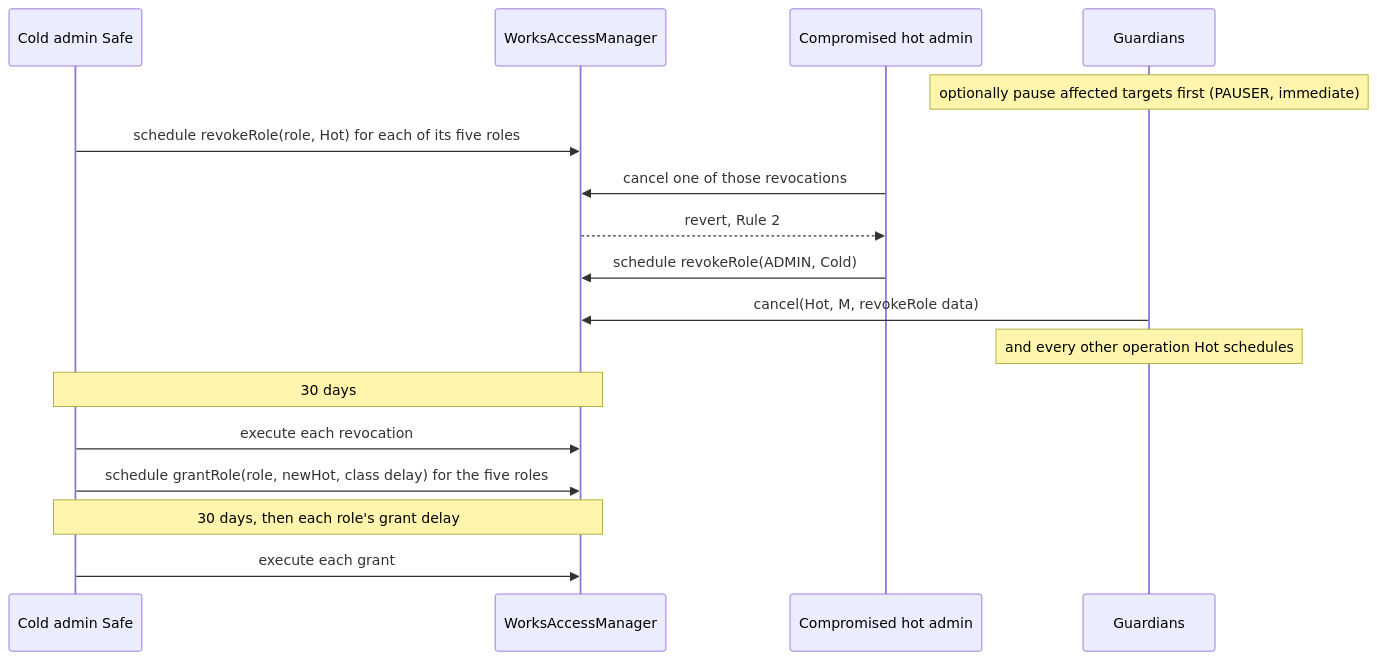
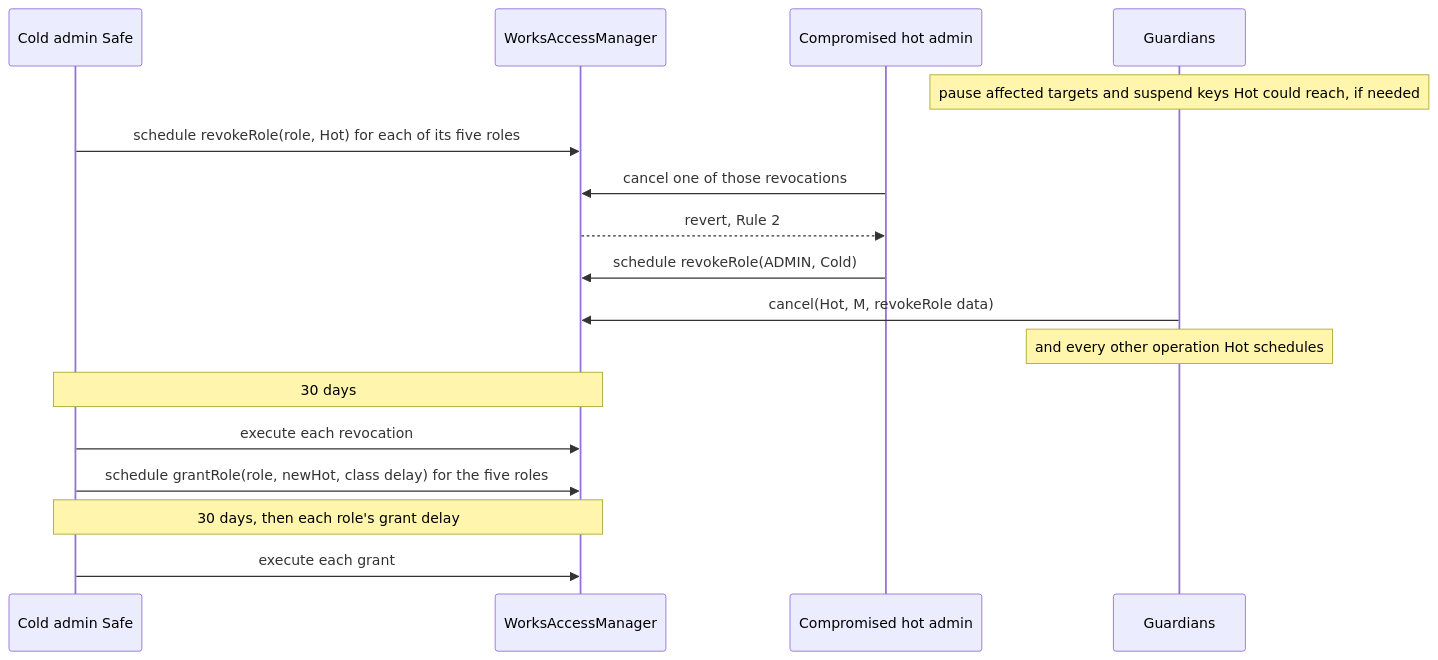
The ninth of 10 diagrams in docs/spec/governance.md (6529-Collections/6529-works), drawn with Mermaid before and after one commit. The commit also changed other lines of this file and 27 other files, not shown here.

````diff
--- a/docs/spec/governance.md
+++ b/docs/spec/governance.md
@@ -554,19 +778,19 @@
 ```mermaid
 sequenceDiagram
     participant Cold as Cold admin Safe
     participant M as WorksAccessManager
     participant Hot as Compromised hot admin
     participant G as Guardians
-    Note over G: optionally pause affected targets first (PAUSER, immediate)
+    Note over G: pause affected targets and suspend keys Hot could reach, if needed
     Cold->>M: schedule revokeRole(role, Hot) for each of its five roles
     Hot->>M: cancel one of those revocations
     M-->>Hot: revert, Rule 2
     Hot->>M: schedule revokeRole(ADMIN, Cold)
     G->>M: cancel(Hot, M, revokeRole data)
     Note over G: and every other operation Hot schedules
     Note over Cold,M: 30 days
     Cold->>M: execute each revocation
     Cold->>M: schedule grantRole(role, newHot, class delay) for the five roles
     Note over Cold,M: 30 days, then each role's grant delay
     Cold->>M: execute each grant
 ```
````
